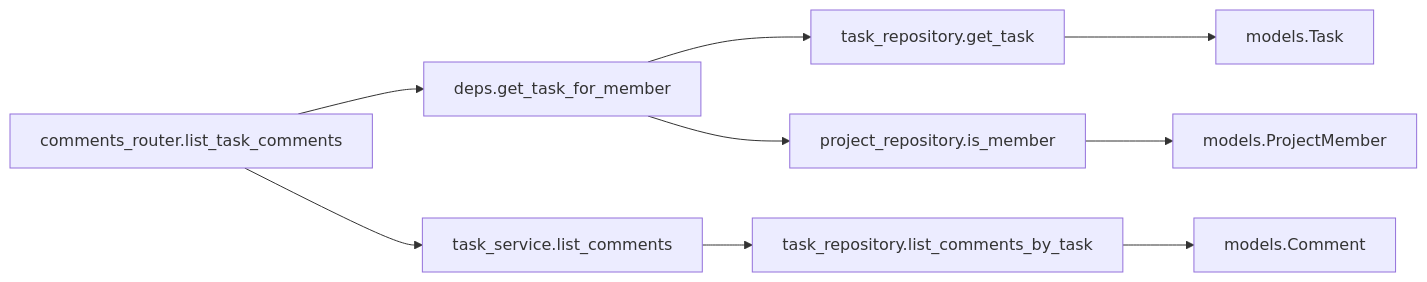
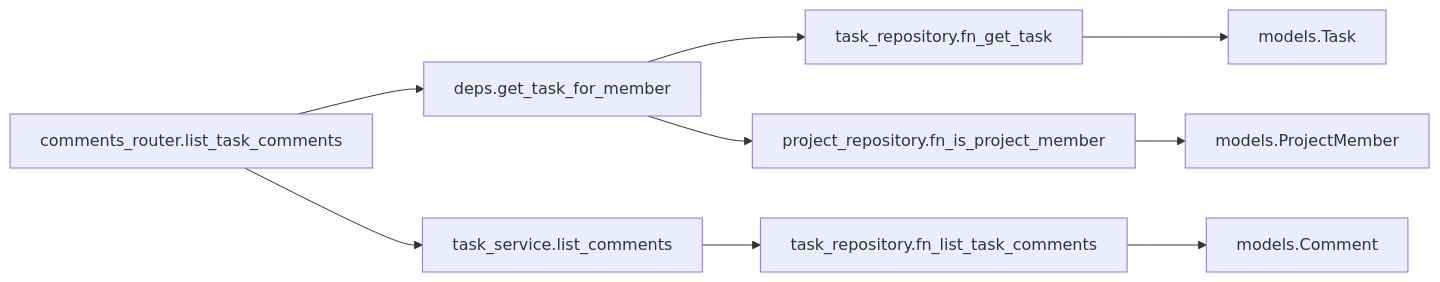
The third of 4 diagrams in detailed_design/api/tasks/06_get_task_comments.md (oikawa-d/task_management), drawn with Mermaid before and after one commit. The commit also changed other lines of this file and 58 other files, not shown here.

````diff
--- a/detailed_design/api/tasks/06_get_task_comments.md
+++ b/detailed_design/api/tasks/06_get_task_comments.md
@@ -208,11 +208,11 @@
 ```mermaid
 flowchart LR
     R["comments_router.list_task_comments"] --> D["deps.get_task_for_member"]
-    D --> TR1["task_repository.get_task"]
-    D --> PR["project_repository.is_member"]
+    D --> TR1["task_repository.fn_get_task"]
+    D --> PR["project_repository.fn_is_project_member"]
     R --> S["task_service.list_comments"]
-    S --> TR2["task_repository.list_comments_by_task"]
+    S --> TR2["task_repository.fn_list_task_comments"]
     TR1 --> M1["models.Task"]
     TR2 --> M2["models.Comment"]
     PR --> M3["models.ProjectMember"]
 ```
````
